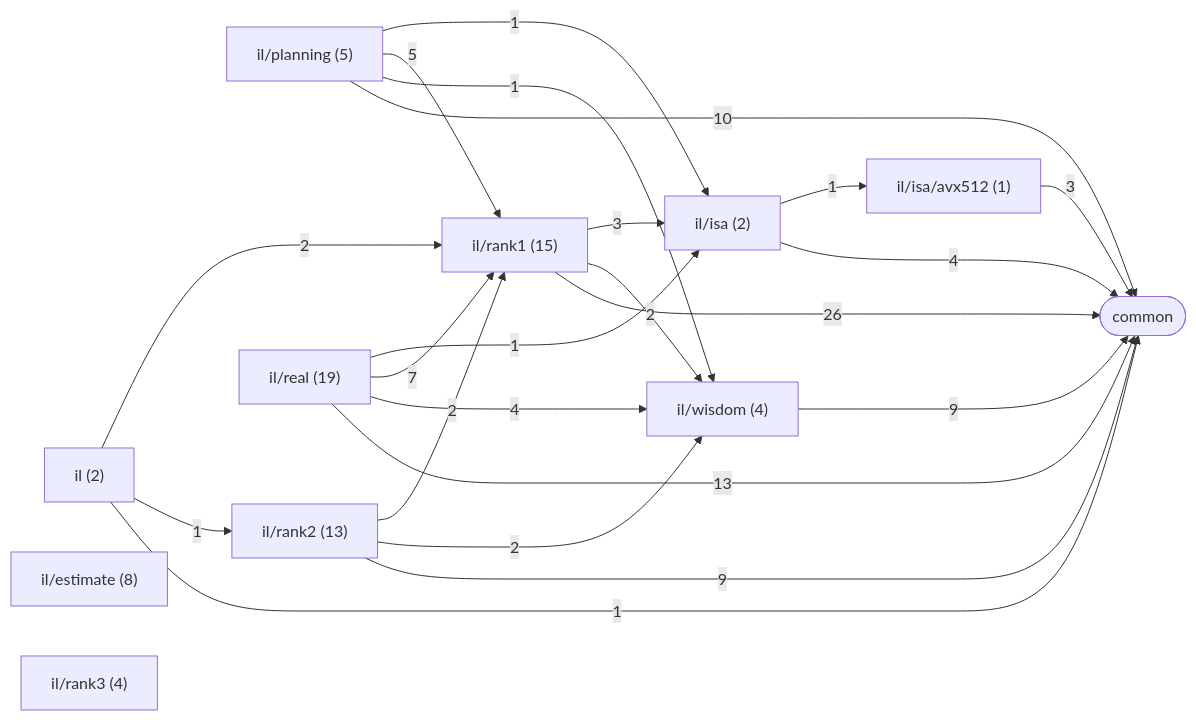
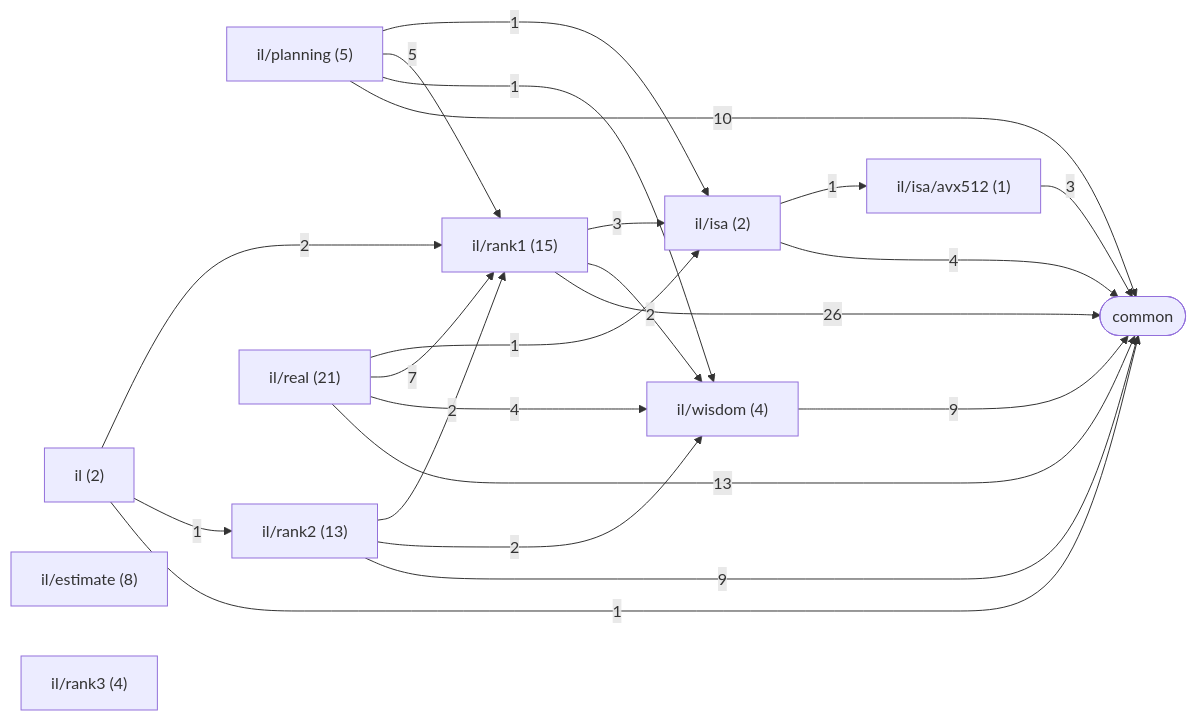
One commit to Tugbars/VectorFFT changed the second of 4 diagrams in docs/architecture/generated/folders.md. Above: the diagram before and after it, drawn with Mermaid. The commit also changed other lines of this file and 13 other files, not shown here.

First line of the commit message:
Architecture pages regenerated for il/real/dct1_dst1.h and real_child.h

````diff
--- a/docs/architecture/generated/folders.md
+++ b/docs/architecture/generated/folders.md
@@ -30,35 +30,35 @@
 ```mermaid
 flowchart LR
     n_il["il (2)"]
     n_il_estimate["il/estimate (8)"]
     n_il_isa["il/isa (2)"]
     n_il_isa_avx512["il/isa/avx512 (1)"]
     n_il_planning["il/planning (5)"]
     n_il_rank1["il/rank1 (15)"]
     n_il_rank2["il/rank2 (13)"]
     n_il_rank3["il/rank3 (4)"]
-    n_il_real["il/real (19)"]
+    n_il_real["il/real (21)"]
     n_il_wisdom["il/wisdom (4)"]
     n_zone_common(["common"])
     n_il -->|2| n_il_rank1
     n_il -->|1| n_il_rank2
     n_il_isa -->|1| n_il_isa_avx512
     n_il_planning -->|1| n_il_isa
     n_il_planning -->|5| n_il_rank1
     n_il_planning -->|1| n_il_wisdom
     n_il_rank1 -->|3| n_il_isa
     n_il_rank1 -->|2| n_il_wisdom
     n_il_rank2 -->|2| n_il_rank1
     n_il_rank2 -->|2| n_il_wisdom
     n_il_real -->|1| n_il_isa
     n_il_real -->|7| n_il_rank1
     n_il_real -->|4| n_il_wisdom
     n_il -->|1| n_zone_common
     n_il_isa -->|4| n_zone_common
     n_il_isa_avx512 -->|3| n_zone_common
     n_il_planning -->|10| n_zone_common
     n_il_rank1 -->|26| n_zone_common
     n_il_rank2 -->|9| n_zone_common
     n_il_real -->|13| n_zone_common
     n_il_wisdom -->|9| n_zone_common
 ```
````
